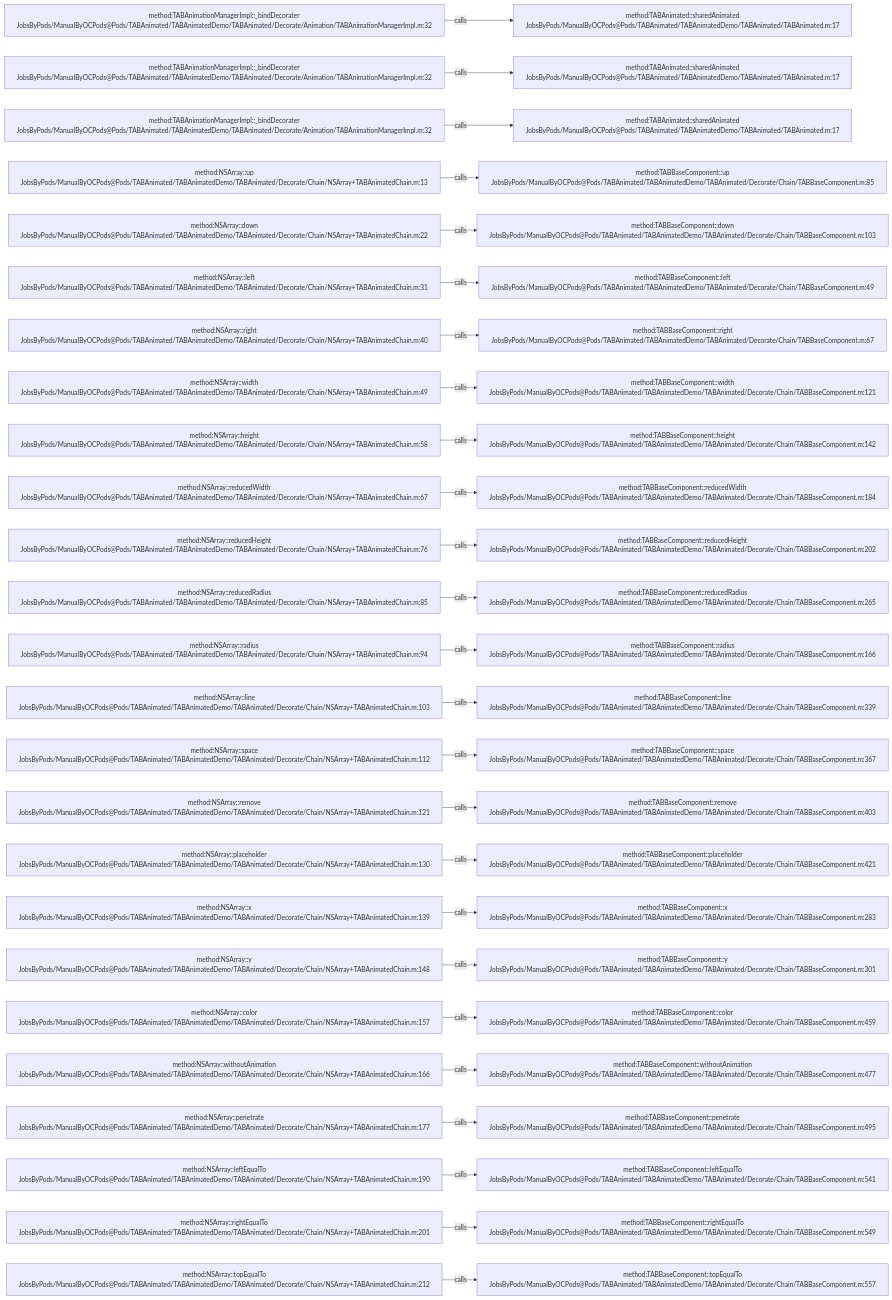
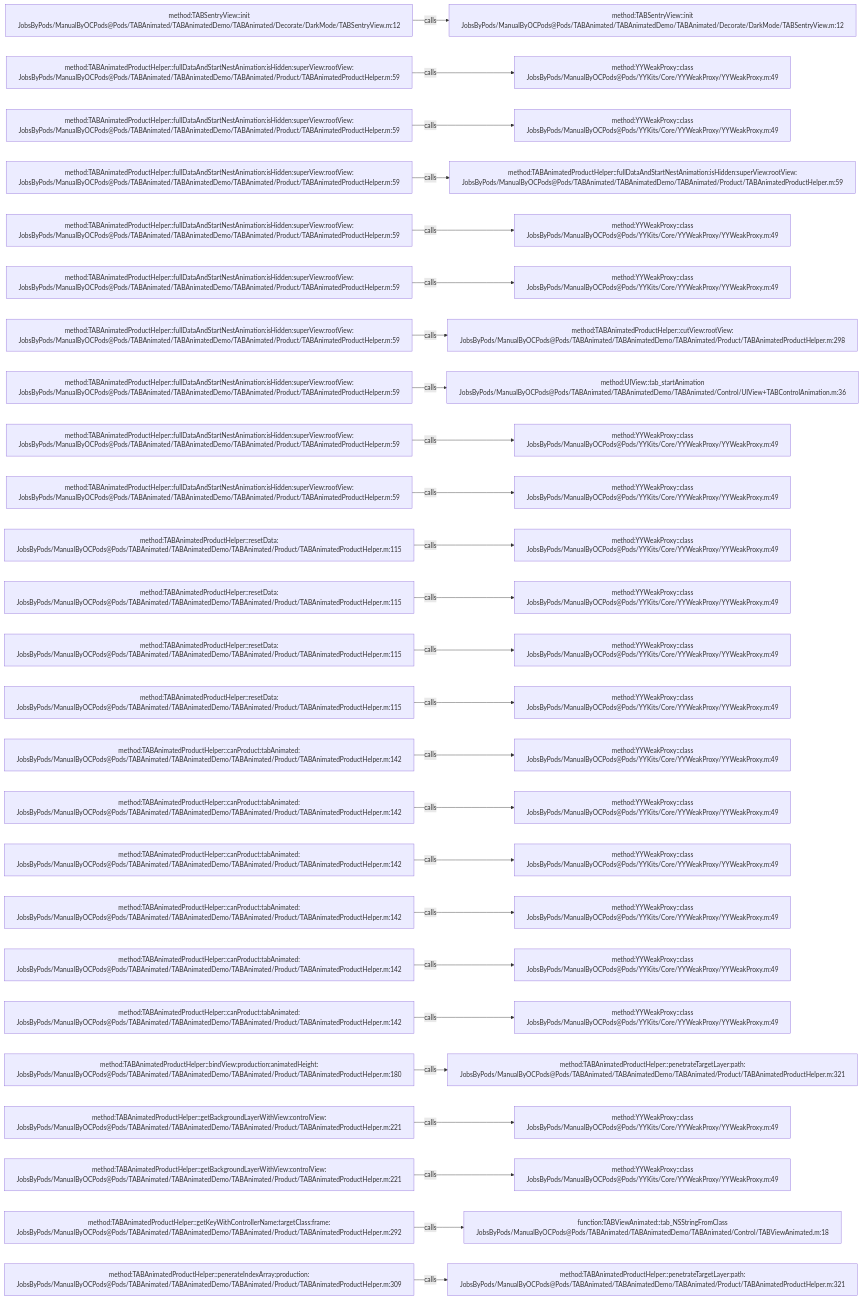
Before and after one commit to JobsKits/JobsOCBaseConfigDemo: the diagram in .codegraph/codegraph.md/graphs/calls-022.md, drawn with Mermaid. The commit also changed 2723 other files, not shown here.

````diff
--- a/.codegraph/codegraph.md/graphs/calls-022.md
+++ b/.codegraph/codegraph.md/graphs/calls-022.md
@@ -13,78 +13,78 @@
 ```mermaid
 flowchart LR
-  S1["method:TABAnimationManagerImpl::_bindDecorater<br/>JobsByPods/ManualByOCPods@Pods/TABAnimated/TABAnimatedDemo/TABAnimated/Decorate/Animation/TABAnimationManagerImpl.m:32"]
-  T1["method:TABAnimated::sharedAnimated<br/>JobsByPods/ManualByOCPods@Pods/TABAnimated/TABAnimatedDemo/TABAnimated/TABAnimated.m:17"]
+  S1["method:TABSentryView::init<br/>JobsByPods/ManualByOCPods@Pods/TABAnimated/TABAnimatedDemo/TABAnimated/Decorate/DarkMode/TABSentryView.m:12"]
+  T1["method:TABSentryView::init<br/>JobsByPods/ManualByOCPods@Pods/TABAnimated/TABAnimatedDemo/TABAnimated/Decorate/DarkMode/TABSentryView.m:12"]
   S1 -->|calls| T1
-  S2["method:TABAnimationManagerImpl::_bindDecorater<br/>JobsByPods/ManualByOCPods@Pods/TABAnimated/TABAnimatedDemo/TABAnimated/Decorate/Animation/TABAnimationManagerImpl.m:32"]
-  T2["method:TABAnimated::sharedAnimated<br/>JobsByPods/ManualByOCPods@Pods/TABAnimated/TABAnimatedDemo/TABAnimated/TABAnimated.m:17"]
+  S2["method:TABAnimatedProductHelper::fullDataAndStartNestAnimation:isHidden:superView:rootView:<br/>JobsByPods/ManualByOCPods@Pods/TABAnimated/TABAnimatedDemo/TABAnimated/Product/TABAnimatedProductHelper.m:59"]
+  T2["method:YYWeakProxy::class<br/>JobsByPods/ManualByOCPods@Pods/YYKits/Core/YYWeakProxy/YYWeakProxy.m:49"]
   S2 -->|calls| T2
-  S3["method:TABAnimationManagerImpl::_bindDecorater<br/>JobsByPods/ManualByOCPods@Pods/TABAnimated/TABAnimatedDemo/TABAnimated/Decorate/Animation/TABAnimationManagerImpl.m:32"]
-  T3["method:TABAnimated::sharedAnimated<br/>JobsByPods/ManualByOCPods@Pods/TABAnimated/TABAnimatedDemo/TABAnimated/TABAnimated.m:17"]
+  S3["method:TABAnimatedProductHelper::fullDataAndStartNestAnimation:isHidden:superView:rootView:<br/>JobsByPods/ManualByOCPods@Pods/TABAnimated/TABAnimatedDemo/TABAnimated/Product/TABAnimatedProductHelper.m:59"]
+  T3["method:YYWeakProxy::class<br/>JobsByPods/ManualByOCPods@Pods/YYKits/Core/YYWeakProxy/YYWeakProxy.m:49"]
   S3 -->|calls| T3
-  S4["method:NSArray::up<br/>JobsByPods/ManualByOCPods@Pods/TABAnimated/TABAnimatedDemo/TABAnimated/Decorate/Chain/NSArray+TABAnimatedChain.m:13"]
-  T4["method:TABBaseComponent::up<br/>JobsByPods/ManualByOCPods@Pods/TABAnimated/TABAnimatedDemo/TABAnimated/Decorate/Chain/TABBaseComponent.m:85"]
+  S4["method:TABAnimatedProductHelper::fullDataAndStartNestAnimation:isHidden:superView:rootView:<br/>JobsByPods/ManualByOCPods@Pods/TABAnimated/TABAnimatedDemo/TABAnimated/Product/TABAnimatedProductHelper.m:59"]
+  T4["method:TABAnimatedProductHelper::fullDataAndStartNestAnimation:isHidden:superView:rootView:<br/>JobsByPods/ManualByOCPods@Pods/TABAnimated/TABAnimatedDemo/TABAnimated/Product/TABAnimatedProductHelper.m:59"]
   S4 -->|calls| T4
-  S5["method:NSArray::down<br/>JobsByPods/ManualByOCPods@Pods/TABAnimated/TABAnimatedDemo/TABAnimated/Decorate/Chain/NSArray+TABAnimatedChain.m:22"]
-  T5["method:TABBaseComponent::down<br/>JobsByPods/ManualByOCPods@Pods/TABAnimated/TABAnimatedDemo/TABAnimated/Decorate/Chain/TABBaseComponent.m:103"]
+  S5["method:TABAnimatedProductHelper::fullDataAndStartNestAnimation:isHidden:superView:rootView:<br/>JobsByPods/ManualByOCPods@Pods/TABAnimated/TABAnimatedDemo/TABAnimated/Product/TABAnimatedProductHelper.m:59"]
+  T5["method:YYWeakProxy::class<br/>JobsByPods/ManualByOCPods@Pods/YYKits/Core/YYWeakProxy/YYWeakProxy.m:49"]
   S5 -->|calls| T5
-  S6["method:NSArray::left<br/>JobsByPods/ManualByOCPods@Pods/TABAnimated/TABAnimatedDemo/TABAnimated/Decorate/Chain/NSArray+TABAnimatedChain.m:31"]
-  T6["method:TABBaseComponent::left<br/>JobsByPods/ManualByOCPods@Pods/TABAnimated/TABAnimatedDemo/TABAnimated/Decorate/Chain/TABBaseComponent.m:49"]
+  S6["method:TABAnimatedProductHelper::fullDataAndStartNestAnimation:isHidden:superView:rootView:<br/>JobsByPods/ManualByOCPods@Pods/TABAnimated/TABAnimatedDemo/TABAnimated/Product/TABAnimatedProductHelper.m:59"]
+  T6["method:YYWeakProxy::class<br/>JobsByPods/ManualByOCPods@Pods/YYKits/Core/YYWeakProxy/YYWeakProxy.m:49"]
   S6 -->|calls| T6
-  S7["method:NSArray::right<br/>JobsByPods/ManualByOCPods@Pods/TABAnimated/TABAnimatedDemo/TABAnimated/Decorate/Chain/NSArray+TABAnimatedChain.m:40"]
-  T7["method:TABBaseComponent::right<br/>JobsByPods/ManualByOCPods@Pods/TABAnimated/TABAnimatedDemo/TABAnimated/Decorate/Chain/TABBaseComponent.m:67"]
+  S7["method:TABAnimatedProductHelper::fullDataAndStartNestAnimation:isHidden:superView:rootView:<br/>JobsByPods/ManualByOCPods@Pods/TABAnimated/TABAnimatedDemo/TABAnimated/Product/TABAnimatedProductHelper.m:59"]
+  T7["method:TABAnimatedProductHelper::cutView:rootView:<br/>JobsByPods/ManualByOCPods@Pods/TABAnimated/TABAnimatedDemo/TABAnimated/Product/TABAnimatedProductHelper.m:298"]
   S7 -->|calls| T7
-  S8["method:NSArray::width<br/>JobsByPods/ManualByOCPods@Pods/TABAnimated/TABAnimatedDemo/TABAnimated/Decorate/Chain/NSArray+TABAnimatedChain.m:49"]
-  T8["method:TABBaseComponent::width<br/>JobsByPods/ManualByOCPods@Pods/TABAnimated/TABAnimatedDemo/TABAnimated/Decorate/Chain/TABBaseComponent.m:121"]
+  S8["method:TABAnimatedProductHelper::fullDataAndStartNestAnimation:isHidden:superView:rootView:<br/>JobsByPods/ManualByOCPods@Pods/TABAnimated/TABAnimatedDemo/TABAnimated/Product/TABAnimatedProductHelper.m:59"]
+  T8["method:UIView::tab_startAnimation<br/>JobsByPods/ManualByOCPods@Pods/TABAnimated/TABAnimatedDemo/TABAnimated/Control/UIView+TABControlAnimation.m:36"]
   S8 -->|calls| T8
-  S9["method:NSArray::height<br/>JobsByPods/ManualByOCPods@Pods/TABAnimated/TABAnimatedDemo/TABAnimated/Decorate/Chain/NSArray+TABAnimatedChain.m:58"]
-  T9["method:TABBaseComponent::height<br/>JobsByPods/ManualByOCPods@Pods/TABAnimated/TABAnimatedDemo/TABAnimated/Decorate/Chain/TABBaseComponent.m:142"]
+  S9["method:TABAnimatedProductHelper::fullDataAndStartNestAnimation:isHidden:superView:rootView:<br/>JobsByPods/ManualByOCPods@Pods/TABAnimated/TABAnimatedDemo/TABAnimated/Product/TABAnimatedProductHelper.m:59"]
+  T9["method:YYWeakProxy::class<br/>JobsByPods/ManualByOCPods@Pods/YYKits/Core/YYWeakProxy/YYWeakProxy.m:49"]
   S9 -->|calls| T9
-  S10["method:NSArray::reducedWidth<br/>JobsByPods/ManualByOCPods@Pods/TABAnimated/TABAnimatedDemo/TABAnimated/Decorate/Chain/NSArray+TABAnimatedChain.m:67"]
-  T10["method:TABBaseComponent::reducedWidth<br/>JobsByPods/ManualByOCPods@Pods/TABAnimated/TABAnimatedDemo/TABAnimated/Decorate/Chain/TABBaseComponent.m:184"]
+  S10["method:TABAnimatedProductHelper::fullDataAndStartNestAnimation:isHidden:superView:rootView:<br/>JobsByPods/ManualByOCPods@Pods/TABAnimated/TABAnimatedDemo/TABAnimated/Product/TABAnimatedProductHelper.m:59"]
+  T10["method:YYWeakProxy::class<br/>JobsByPods/ManualByOCPods@Pods/YYKits/Core/YYWeakProxy/YYWeakProxy.m:49"]
   S10 -->|calls| T10
-  S11["method:NSArray::reducedHeight<br/>JobsByPods/ManualByOCPods@Pods/TABAnimated/TABAnimatedDemo/TABAnimated/Decorate/Chain/NSArray+TABAnimatedChain.m:76"]
-  T11["method:TABBaseComponent::reducedHeight<br/>JobsByPods/ManualByOCPods@Pods/TABAnimated/TABAnimatedDemo/TABAnimated/Decorate/Chain/TABBaseComponent.m:202"]
+  S11["method:TABAnimatedProductHelper::resetData:<br/>JobsByPods/ManualByOCPods@Pods/TABAnimated/TABAnimatedDemo/TABAnimated/Product/TABAnimatedProductHelper.m:115"]
+  T11["method:YYWeakProxy::class<br/>JobsByPods/ManualByOCPods@Pods/YYKits/Core/YYWeakProxy/YYWeakProxy.m:49"]
   S11 -->|calls| T11
-  S12["method:NSArray::reducedRadius<br/>JobsByPods/ManualByOCPods@Pods/TABAnimated/TABAnimatedDemo/TABAnimated/Decorate/Chain/NSArray+TABAnimatedChain.m:85"]
-  T12["method:TABBaseComponent::reducedRadius<br/>JobsByPods/ManualByOCPods@Pods/TABAnimated/TABAnimatedDemo/TABAnimated/Decorate/Chain/TABBaseComponent.m:265"]
+  S12["method:TABAnimatedProductHelper::resetData:<br/>JobsByPods/ManualByOCPods@Pods/TABAnimated/TABAnimatedDemo/TABAnimated/Product/TABAnimatedProductHelper.m:115"]
+  T12["method:YYWeakProxy::class<br/>JobsByPods/ManualByOCPods@Pods/YYKits/Core/YYWeakProxy/YYWeakProxy.m:49"]
   S12 -->|calls| T12
-  S13["method:NSArray::radius<br/>JobsByPods/ManualByOCPods@Pods/TABAnimated/TABAnimatedDemo/TABAnimated/Decorate/Chain/NSArray+TABAnimatedChain.m:94"]
-  T13["method:TABBaseComponent::radius<br/>JobsByPods/ManualByOCPods@Pods/TABAnimated/TABAnimatedDemo/TABAnimated/Decorate/Chain/TABBaseComponent.m:166"]
+  S13["method:TABAnimatedProductHelper::resetData:<br/>JobsByPods/ManualByOCPods@Pods/TABAnimated/TABAnimatedDemo/TABAnimated/Product/TABAnimatedProductHelper.m:115"]
+  T13["method:YYWeakProxy::class<br/>JobsByPods/ManualByOCPods@Pods/YYKits/Core/YYWeakProxy/YYWeakProxy.m:49"]
   S13 -->|calls| T13
-  S14["method:NSArray::line<br/>JobsByPods/ManualByOCPods@Pods/TABAnimated/TABAnimatedDemo/TABAnimated/Decorate/Chain/NSArray+TABAnimatedChain.m:103"]
-  T14["method:TABBaseComponent::line<br/>JobsByPods/ManualByOCPods@Pods/TABAnimated/TABAnimatedDemo/TABAnimated/Decorate/Chain/TABBaseComponent.m:339"]
+  S14["method:TABAnimatedProductHelper::resetData:<br/>JobsByPods/ManualByOCPods@Pods/TABAnimated/TABAnimatedDemo/TABAnimated/Product/TABAnimatedProductHelper.m:115"]
+  T14["method:YYWeakProxy::class<br/>JobsByPods/ManualByOCPods@Pods/YYKits/Core/YYWeakProxy/YYWeakProxy.m:49"]
   S14 -->|calls| T14
-  S15["method:NSArray::space<br/>JobsByPods/ManualByOCPods@Pods/TABAnimated/TABAnimatedDemo/TABAnimated/Decorate/Chain/NSArray+TABAnimatedChain.m:112"]
-  T15["method:TABBaseComponent::space<br/>JobsByPods/ManualByOCPods@Pods/TABAnimated/TABAnimatedDemo/TABAnimated/Decorate/Chain/TABBaseComponent.m:367"]
+  S15["method:TABAnimatedProductHelper::canProduct:tabAnimated:<br/>JobsByPods/ManualByOCPods@Pods/TABAnimated/TABAnimatedDemo/TABAnimated/Product/TABAnimatedProductHelper.m:142"]
+  T15["method:YYWeakProxy::class<br/>JobsByPods/ManualByOCPods@Pods/YYKits/Core/YYWeakProxy/YYWeakProxy.m:49"]
   S15 -->|calls| T15
-  S16["method:NSArray::remove<br/>JobsByPods/ManualByOCPods@Pods/TABAnimated/TABAnimatedDemo/TABAnimated/Decorate/Chain/NSArray+TABAnimatedChain.m:121"]
-  T16["method:TABBaseComponent::remove<br/>JobsByPods/ManualByOCPods@Pods/TABAnimated/TABAnimatedDemo/TABAnimated/Decorate/Chain/TABBaseComponent.m:403"]
+  S16["method:TABAnimatedProductHelper::canProduct:tabAnimated:<br/>JobsByPods/ManualByOCPods@Pods/TABAnimated/TABAnimatedDemo/TABAnimated/Product/TABAnimatedProductHelper.m:142"]
+  T16["method:YYWeakProxy::class<br/>JobsByPods/ManualByOCPods@Pods/YYKits/Core/YYWeakProxy/YYWeakProxy.m:49"]
   S16 -->|calls| T16
-  S17["method:NSArray::placeholder<br/>JobsByPods/ManualByOCPods@Pods/TABAnimated/TABAnimatedDemo/TABAnimated/Decorate/Chain/NSArray+TABAnimatedChain.m:130"]
-  T17["method:TABBaseComponent::placeholder<br/>JobsByPods/ManualByOCPods@Pods/TABAnimated/TABAnimatedDemo/TABAnimated/Decorate/Chain/TABBaseComponent.m:421"]
+  S17["method:TABAnimatedProductHelper::canProduct:tabAnimated:<br/>JobsByPods/ManualByOCPods@Pods/TABAnimated/TABAnimatedDemo/TABAnimated/Product/TABAnimatedProductHelper.m:142"]
+  T17["method:YYWeakProxy::class<br/>JobsByPods/ManualByOCPods@Pods/YYKits/Core/YYWeakProxy/YYWeakProxy.m:49"]
   S17 -->|calls| T17
-  S18["method:NSArray::x<br/>JobsByPods/ManualByOCPods@Pods/TABAnimated/TABAnimatedDemo/TABAnimated/Decorate/Chain/NSArray+TABAnimatedChain.m:139"]
-  T18["method:TABBaseComponent::x<br/>JobsByPods/ManualByOCPods@Pods/TABAnimated/TABAnimatedDemo/TABAnimated/Decorate/Chain/TABBaseComponent.m:283"]
+  S18["method:TABAnimatedProductHelper::canProduct:tabAnimated:<br/>JobsByPods/ManualByOCPods@Pods/TABAnimated/TABAnimatedDemo/TABAnimated/Product/TABAnimatedProductHelper.m:142"]
+  T18["method:YYWeakProxy::class<br/>JobsByPods/ManualByOCPods@Pods/YYKits/Core/YYWeakProxy/YYWeakProxy.m:49"]
   S18 -->|calls| T18
-  S19["method:NSArray::y<br/>JobsByPods/ManualByOCPods@Pods/TABAnimated/TABAnimatedDemo/TABAnimated/Decorate/Chain/NSArray+TABAnimatedChain.m:148"]
-  T19["method:TABBaseComponent::y<br/>JobsByPods/ManualByOCPods@Pods/TABAnimated/TABAnimatedDemo/TABAnimated/Decorate/Chain/TABBaseComponent.m:301"]
+  S19["method:TABAnimatedProductHelper::canProduct:tabAnimated:<br/>JobsByPods/ManualByOCPods@Pods/TABAnimated/TABAnimatedDemo/TABAnimated/Product/TABAnimatedProductHelper.m:142"]
+  T19["method:YYWeakProxy::class<br/>JobsByPods/ManualByOCPods@Pods/YYKits/Core/YYWeakProxy/YYWeakProxy.m:49"]
   S19 -->|calls| T19
-  S20["method:NSArray::color<br/>JobsByPods/ManualByOCPods@Pods/TABAnimated/TABAnimatedDemo/TABAnimated/Decorate/Chain/NSArray+TABAnimatedChain.m:157"]
-  T20["method:TABBaseComponent::color<br/>JobsByPods/ManualByOCPods@Pods/TABAnimated/TABAnimatedDemo/TABAnimated/Decorate/Chain/TABBaseComponent.m:459"]
+  S20["method:TABAnimatedProductHelper::canProduct:tabAnimated:<br/>JobsByPods/ManualByOCPods@Pods/TABAnimated/TABAnimatedDemo/TABAnimated/Product/TABAnimatedProductHelper.m:142"]
+  T20["method:YYWeakProxy::class<br/>JobsByPods/ManualByOCPods@Pods/YYKits/Core/YYWeakProxy/YYWeakProxy.m:49"]
   S20 -->|calls| T20
-  S21["method:NSArray::withoutAnimation<br/>JobsByPods/ManualByOCPods@Pods/TABAnimated/TABAnimatedDemo/TABAnimated/Decorate/Chain/NSArray+TABAnimatedChain.m:166"]
-  T21["method:TABBaseComponent::withoutAnimation<br/>JobsByPods/ManualByOCPods@Pods/TABAnimated/TABAnimatedDemo/TABAnimated/Decorate/Chain/TABBaseComponent.m:477"]
+  S21["method:TABAnimatedProductHelper::bindView:production:animatedHeight:<br/>JobsByPods/ManualByOCPods@Pods/TABAnimated/TABAnimatedDemo/TABAnimated/Product/TABAnimatedProductHelper.m:180"]
+  T21["method:TABAnimatedProductHelper::penetrateTargetLayer:path:<br/>JobsByPods/ManualByOCPods@Pods/TABAnimated/TABAnimatedDemo/TABAnimated/Product/TABAnimatedProductHelper.m:321"]
   S21 -->|calls| T21
-  S22["method:NSArray::penetrate<br/>JobsByPods/ManualByOCPods@Pods/TABAnimated/TABAnimatedDemo/TABAnimated/Decorate/Chain/NSArray+TABAnimatedChain.m:177"]
-  T22["method:TABBaseComponent::penetrate<br/>JobsByPods/ManualByOCPods@Pods/TABAnimated/TABAnimatedDemo/TABAnimated/Decorate/Chain/TABBaseComponent.m:495"]
+  S22["method:TABAnimatedProductHelper::getBackgroundLayerWithView:controlView:<br/>JobsByPods/ManualByOCPods@Pods/TABAnimated/TABAnimatedDemo/TABAnimated/Product/TABAnimatedProductHelper.m:221"]
+  T22["method:YYWeakProxy::class<br/>JobsByPods/ManualByOCPods@Pods/YYKits/Core/YYWeakProxy/YYWeakProxy.m:49"]
   S22 -->|calls| T22
-  S23["method:NSArray::leftEqualTo<br/>JobsByPods/ManualByOCPods@Pods/TABAnimated/TABAnimatedDemo/TABAnimated/Decorate/Chain/NSArray+TABAnimatedChain.m:190"]
-  T23["method:TABBaseComponent::leftEqualTo<br/>JobsByPods/ManualByOCPods@Pods/TABAnimated/TABAnimatedDemo/TABAnimated/Decorate/Chain/TABBaseComponent.m:541"]
+  S23["method:TABAnimatedProductHelper::getBackgroundLayerWithView:controlView:<br/>JobsByPods/ManualByOCPods@Pods/TABAnimated/TABAnimatedDemo/TABAnimated/Product/TABAnimatedProductHelper.m:221"]
+  T23["method:YYWeakProxy::class<br/>JobsByPods/ManualByOCPods@Pods/YYKits/Core/YYWeakProxy/YYWeakProxy.m:49"]
   S23 -->|calls| T23
-  S24["method:NSArray::rightEqualTo<br/>JobsByPods/ManualByOCPods@Pods/TABAnimated/TABAnimatedDemo/TABAnimated/Decorate/Chain/NSArray+TABAnimatedChain.m:201"]
-  T24["method:TABBaseComponent::rightEqualTo<br/>JobsByPods/ManualByOCPods@Pods/TABAnimated/TABAnimatedDemo/TABAnimated/Decorate/Chain/TABBaseComponent.m:549"]
+  S24["method:TABAnimatedProductHelper::getKeyWithControllerName:targetClass:frame:<br/>JobsByPods/ManualByOCPods@Pods/TABAnimated/TABAnimatedDemo/TABAnimated/Product/TABAnimatedProductHelper.m:292"]
+  T24["function:TABViewAnimated::tab_NSStringFromClass<br/>JobsByPods/ManualByOCPods@Pods/TABAnimated/TABAnimatedDemo/TABAnimated/Control/TABViewAnimated.m:18"]
   S24 -->|calls| T24
-  S25["method:NSArray::topEqualTo<br/>JobsByPods/ManualByOCPods@Pods/TABAnimated/TABAnimatedDemo/TABAnimated/Decorate/Chain/NSArray+TABAnimatedChain.m:212"]
-  T25["method:TABBaseComponent::topEqualTo<br/>JobsByPods/ManualByOCPods@Pods/TABAnimated/TABAnimatedDemo/TABAnimated/Decorate/Chain/TABBaseComponent.m:557"]
+  S25["method:TABAnimatedProductHelper::penerateIndexArray:production:<br/>JobsByPods/ManualByOCPods@Pods/TABAnimated/TABAnimatedDemo/TABAnimated/Product/TABAnimatedProductHelper.m:309"]
+  T25["method:TABAnimatedProductHelper::penetrateTargetLayer:path:<br/>JobsByPods/ManualByOCPods@Pods/TABAnimated/TABAnimatedDemo/TABAnimated/Product/TABAnimatedProductHelper.m:321"]
   S25 -->|calls| T25
 ```
````
